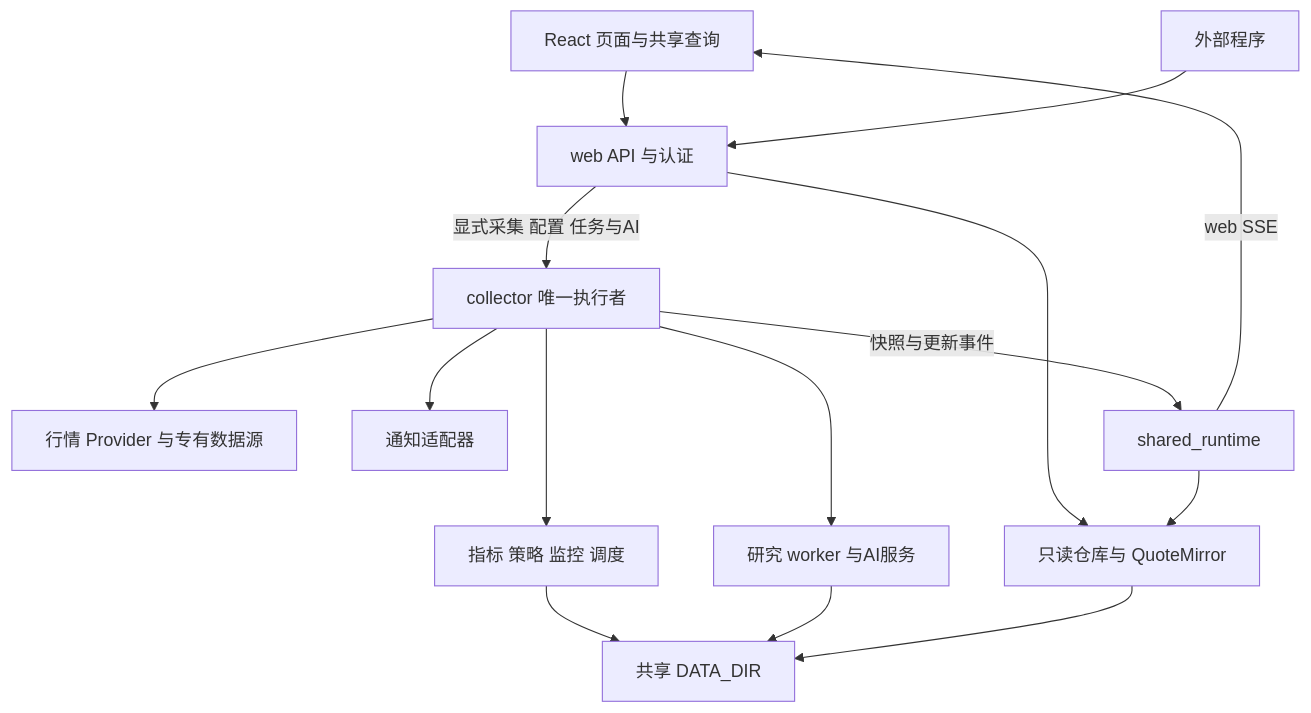
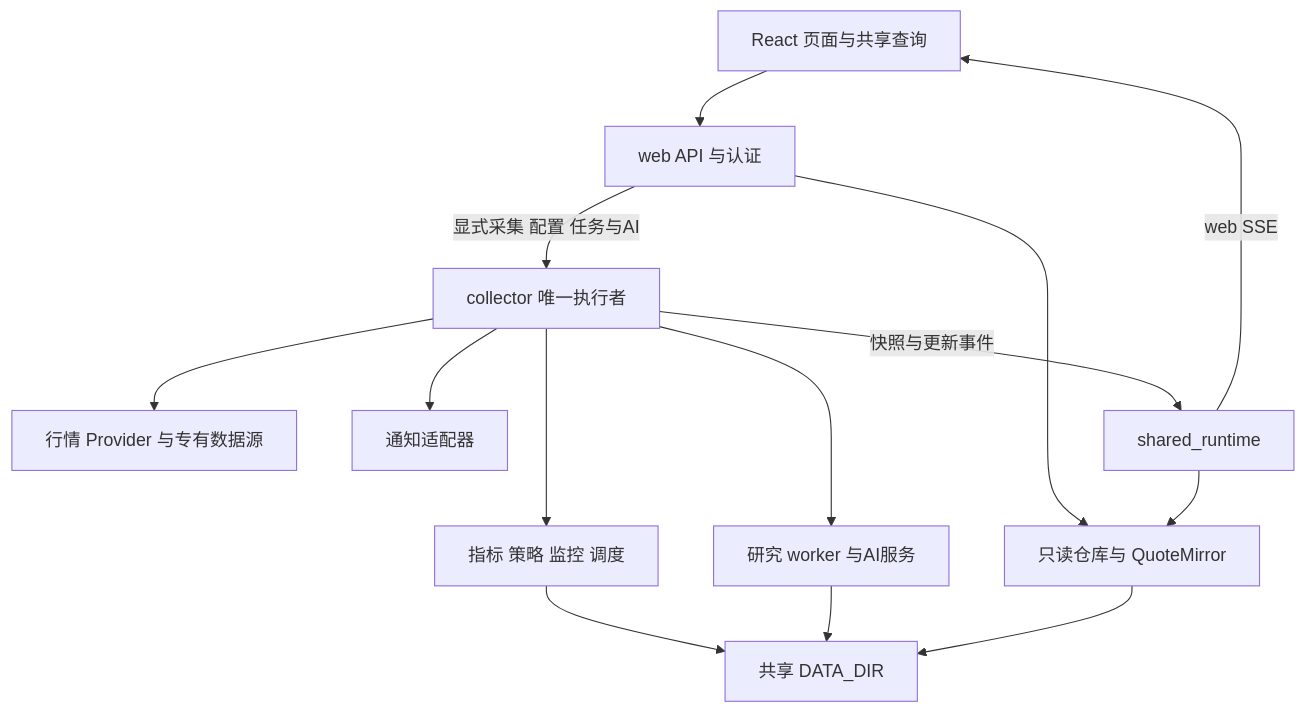
The diagram in docs/ARCHITECTURE.md (PANYUXIN6/daliy-stock-panel), drawn with Mermaid before and after one commit. The commit also changed other lines of this file and 71 other files, not shown here.

````diff
--- a/docs/ARCHITECTURE.md
+++ b/docs/ARCHITECTURE.md
@@ -12,17 +12,16 @@
 ```mermaid
 flowchart TD
     UI[React 页面与共享查询] --> WEB[web API 与认证]
-    EXTERNAL[外部程序] --> WEB
     WEB --> LOCAL[只读仓库与 QuoteMirror]
     WEB -->|显式采集 配置 任务与AI| COLLECTOR[collector 唯一执行者]
     COLLECTOR --> PROVIDER[行情 Provider 与专有数据源]
     COLLECTOR --> DOMAIN[指标 策略 监控 调度]
     COLLECTOR --> WORKER[研究 worker 与AI服务]
     COLLECTOR --> NOTIFY[通知适配器]
     DOMAIN --> FILES[共享 DATA_DIR]
     WORKER --> FILES
     LOCAL --> FILES
     COLLECTOR -->|快照与更新事件| BRIDGE[shared_runtime]
     BRIDGE --> LOCAL
     BRIDGE -->|web SSE| UI
 ```
````
